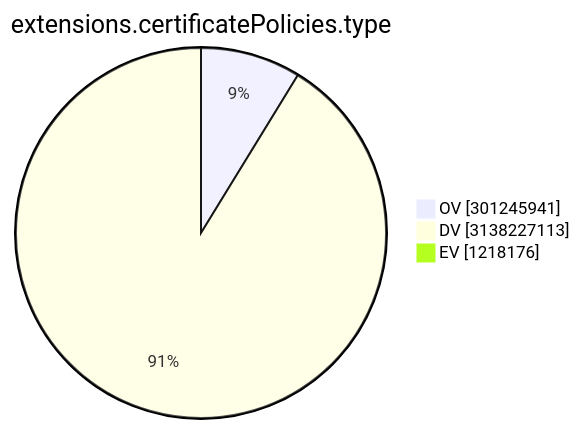
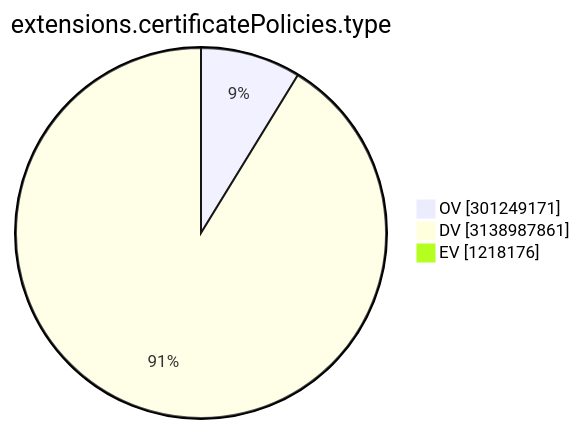
Before and after one commit to christiankrug/ctmonitor_visualization: the ninth of 15 diagrams in TOTAL/README.md, drawn with Mermaid. The commit also changed other lines of this file, not shown here.

````diff
--- a/TOTAL/README.md
+++ b/TOTAL/README.md
@@ -3105,7 +3105,7 @@
 ```mermaid
 pie showData
 title extensions.certificatePolicies.type
-"OV" :301245941
-"DV" :3138227113
+"OV" :301249171
+"DV" :3138987861
 "EV" :1218176
 ```
````
